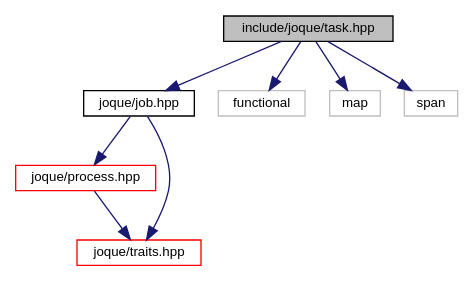
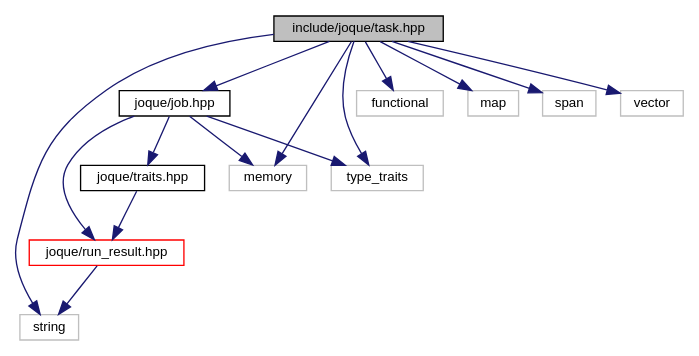
One commit to koniarik/joque changed the diagram in task_8hpp__incl.dot. Above: the diagram before and after it, drawn with Graphviz. The commit also changed 122 other files, not shown here.

```diff
--- a/task_8hpp__incl.dot
+++ b/task_8hpp__incl.dot
@@ -1,20 +1,31 @@
 digraph "include/joque/task.hpp"
 {
  // LATEX_PDF_SIZE
   edge [fontname="Helvetica",fontsize="10",labelfontname="Helvetica",labelfontsize="10"];
   node [fontname="Helvetica",fontsize="10",shape=record];
   Node1 [label="include/joque/task.hpp",height=0.2,width=0.4,color="black", fillcolor="grey75", style="filled", fontcolor="black",tooltip=" "];
   Node1 -> Node2 [color="midnightblue",fontsize="10",style="solid",fontname="Helvetica"];
   Node2 [label="joque/job.hpp",height=0.2,width=0.4,color="black", fillcolor="white", style="filled",URL="$job_8hpp.html",tooltip=" "];
   Node2 -> Node3 [color="midnightblue",fontsize="10",style="solid",fontname="Helvetica"];
-  Node3 [label="joque/process.hpp",height=0.2,width=0.4,color="red", fillcolor="white", style="filled",URL="$process_8hpp.html",tooltip=" "];
-  Node3 -> Node6 [color="midnightblue",fontsize="10",style="solid",fontname="Helvetica"];
-  Node6 [label="joque/traits.hpp",height=0.2,width=0.4,color="red", fillcolor="white", style="filled",URL="$traits_8hpp.html",tooltip=" "];
-  Node2 -> Node6 [color="midnightblue",fontsize="10",style="solid",fontname="Helvetica"];
+  Node3 [label="joque/run_result.hpp",height=0.2,width=0.4,color="red", fillcolor="white", style="filled",URL="$run__result_8hpp.html",tooltip=" "];
+  Node3 -> Node5 [color="midnightblue",fontsize="10",style="solid",fontname="Helvetica"];
+  Node5 [label="string",height=0.2,width=0.4,color="grey75", fillcolor="white", style="filled",tooltip=" "];
+  Node2 -> Node8 [color="midnightblue",fontsize="10",style="solid",fontname="Helvetica"];
+  Node8 [label="joque/traits.hpp",height=0.2,width=0.4,color="black", fillcolor="white", style="filled",URL="$traits_8hpp.html",tooltip=" "];
+  Node8 -> Node3 [color="midnightblue",fontsize="10",style="solid",fontname="Helvetica"];
+  Node2 -> Node9 [color="midnightblue",fontsize="10",style="solid",fontname="Helvetica"];
+  Node9 [label="memory",height=0.2,width=0.4,color="grey75", fillcolor="white", style="filled",tooltip=" "];
+  Node2 -> Node10 [color="midnightblue",fontsize="10",style="solid",fontname="Helvetica"];
+  Node10 [label="type_traits",height=0.2,width=0.4,color="grey75", fillcolor="white", style="filled",tooltip=" "];
+  Node1 -> Node11 [color="midnightblue",fontsize="10",style="solid",fontname="Helvetica"];
+  Node11 [label="functional",height=0.2,width=0.4,color="grey75", fillcolor="white", style="filled",tooltip=" "];
+  Node1 -> Node12 [color="midnightblue",fontsize="10",style="solid",fontname="Helvetica"];
+  Node12 [label="map",height=0.2,width=0.4,color="grey75", fillcolor="white", style="filled",tooltip=" "];
+  Node1 -> Node9 [color="midnightblue",fontsize="10",style="solid",fontname="Helvetica"];
   Node1 -> Node13 [color="midnightblue",fontsize="10",style="solid",fontname="Helvetica"];
-  Node13 [label="functional",height=0.2,width=0.4,color="grey75", fillcolor="white", style="filled",tooltip=" "];
+  Node13 [label="span",height=0.2,width=0.4,color="grey75", fillcolor="white", style="filled",tooltip=" "];
+  Node1 -> Node5 [color="midnightblue",fontsize="10",style="solid",fontname="Helvetica"];
+  Node1 -> Node10 [color="midnightblue",fontsize="10",style="solid",fontname="Helvetica"];
   Node1 -> Node14 [color="midnightblue",fontsize="10",style="solid",fontname="Helvetica"];
-  Node14 [label="map",height=0.2,width=0.4,color="grey75", fillcolor="white", style="filled",tooltip=" "];
-  Node1 -> Node15 [color="midnightblue",fontsize="10",style="solid",fontname="Helvetica"];
-  Node15 [label="span",height=0.2,width=0.4,color="grey75", fillcolor="white", style="filled",tooltip=" "];
+  Node14 [label="vector",height=0.2,width=0.4,color="grey75", fillcolor="white", style="filled",tooltip=" "];
 }
```
